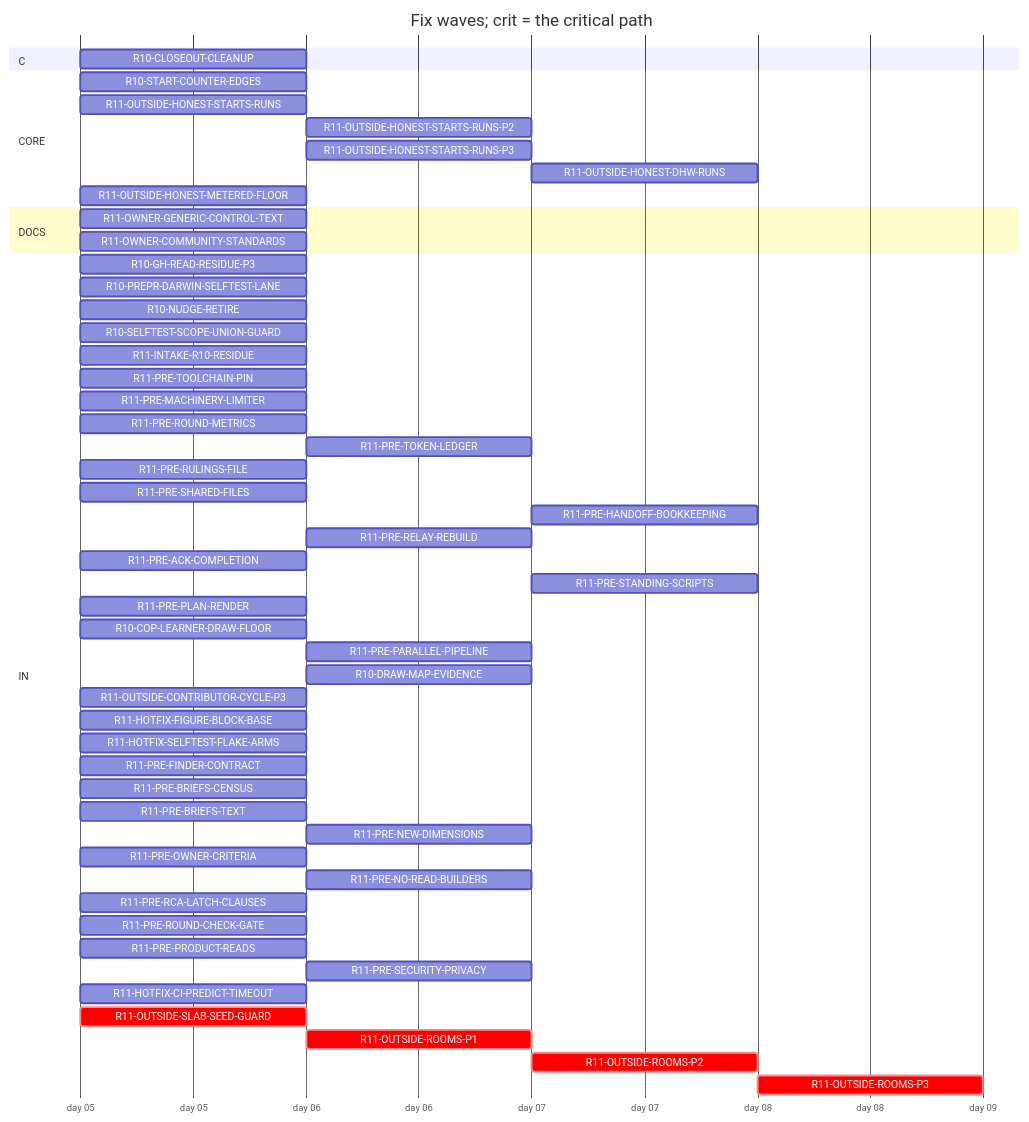
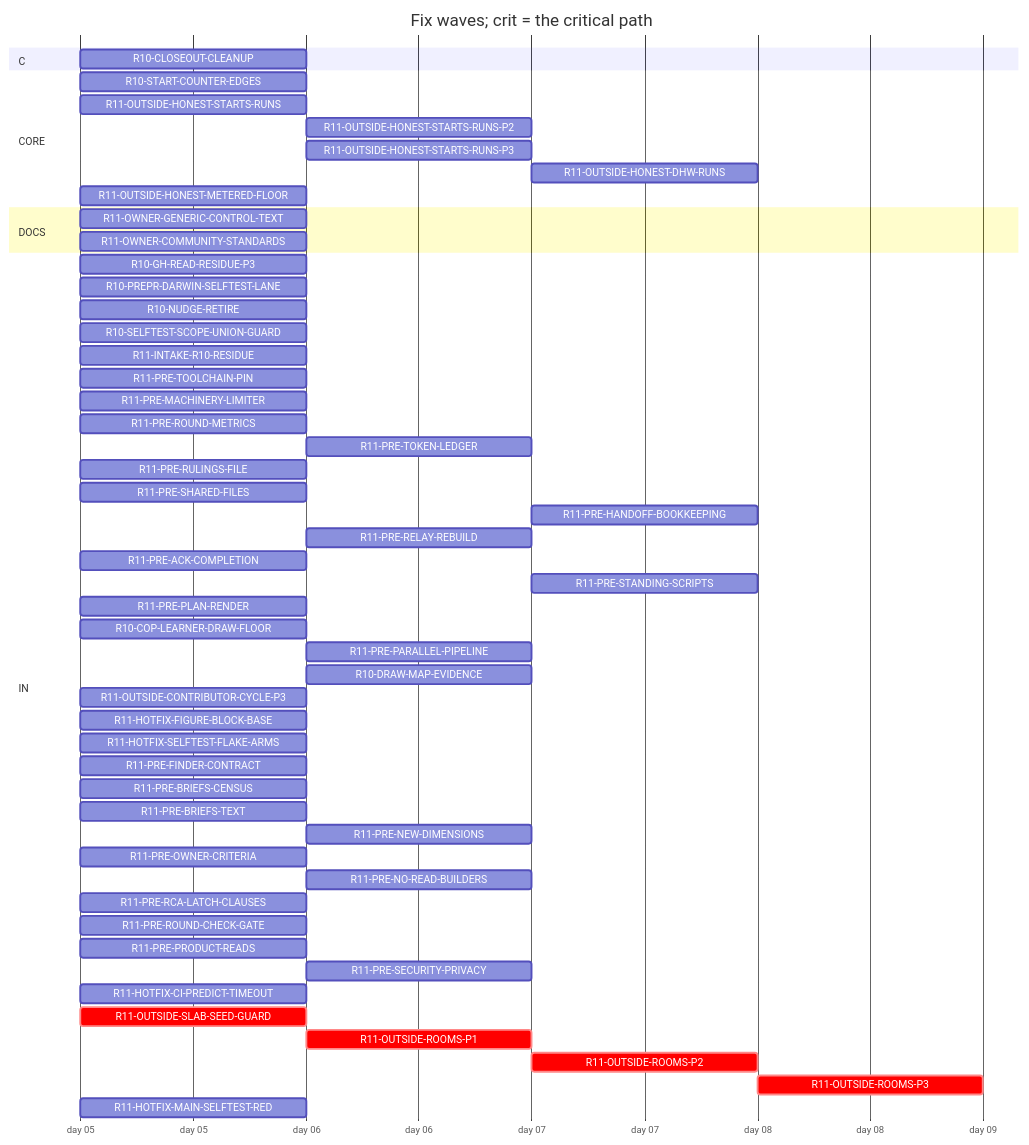
One commit to tvofi/heatpump_optimizer changed the diagram in handoff/round11/state/PLAN-TABLE.md. Above: the diagram before and after it, drawn with Mermaid. The commit also changed other lines of this file and 4 other files, not shown here.

Commit message:
state: FLOW-BOARD.md, NEXT-SESSION-PROMPT.md, PLAN-TABLE.md, PLAN.html, RESUME-CURRENT.md regenerated (state_docs.py)

````diff
--- a/handoff/round11/state/PLAN-TABLE.md
+++ b/handoff/round11/state/PLAN-TABLE.md
@@ -17,56 +17,57 @@
 ```mermaid
 gantt
   title Fix waves; crit = the critical path
   dateFormat YYYY-MM-DD
   axisFormat day %d
   section C
     R10-CLOSEOUT-CLEANUP :r10CLOSEOUTCLEANUP, 2026-01-05, 1d
   section CORE
     R10-START-COUNTER-EDGES :r10STARTCOUNTEREDGES, 2026-01-05, 1d
     R11-OUTSIDE-HONEST-STARTS-RUNS :r11OUTSIDEHONESTSTARTSRUNS, 2026-01-05, 1d
     R11-OUTSIDE-HONEST-STARTS-RUNS-P2 :r11OUTSIDEHONESTSTARTSRUNSP2, after r11OUTSIDEHONESTSTARTSRUNS, 1d
     R11-OUTSIDE-HONEST-STARTS-RUNS-P3 :r11OUTSIDEHONESTSTARTSRUNSP3, after r11OUTSIDEHONESTSTARTSRUNS, 1d
     R11-OUTSIDE-HONEST-DHW-RUNS :r11OUTSIDEHONESTDHWRUNS, after r11OUTSIDEHONESTSTARTSRUNS r11OUTSIDEHONESTSTARTSRUNSP2, 1d
     R11-OUTSIDE-HONEST-METERED-FLOOR :r11OUTSIDEHONESTMETEREDFLOOR, 2026-01-05, 1d
   section DOCS
     R11-OWNER-GENERIC-CONTROL-TEXT :r11OWNERGENERICCONTROLTEXT, 2026-01-05, 1d
     R11-OWNER-COMMUNITY-STANDARDS :r11OWNERCOMMUNITYSTANDARDS, 2026-01-05, 1d
   section IN
     R10-GH-READ-RESIDUE-P3 :r10GHREADRESIDUEP3, 2026-01-05, 1d
     R10-PREPR-DARWIN-SELFTEST-LANE :r10PREPRDARWINSELFTESTLANE, 2026-01-05, 1d
     R10-NUDGE-RETIRE :r10NUDGERETIRE, 2026-01-05, 1d
     R10-SELFTEST-SCOPE-UNION-GUARD :r10SELFTESTSCOPEUNIONGUARD, 2026-01-05, 1d
     R11-INTAKE-R10-RESIDUE :r11INTAKER10RESIDUE, 2026-01-05, 1d
     R11-PRE-TOOLCHAIN-PIN :r11PRETOOLCHAINPIN, 2026-01-05, 1d
     R11-PRE-MACHINERY-LIMITER :r11PREMACHINERYLIMITER, 2026-01-05, 1d
     R11-PRE-ROUND-METRICS :r11PREROUNDMETRICS, 2026-01-05, 1d
     R11-PRE-TOKEN-LEDGER :r11PRETOKENLEDGER, after r10GHREADRESIDUEP3, 1d
     R11-PRE-RULINGS-FILE :r11PRERULINGSFILE, 2026-01-05, 1d
     R11-PRE-SHARED-FILES :r11PRESHAREDFILES, 2026-01-05, 1d
     R11-PRE-HANDOFF-BOOKKEEPING :r11PREHANDOFFBOOKKEEPING, after r11PRERELAYREBUILD, 1d
     R11-PRE-RELAY-REBUILD :r11PRERELAYREBUILD, after r11HOTFIXFIGUREBLOCKBASE, 1d
     R11-PRE-ACK-COMPLETION :r11PREACKCOMPLETION, 2026-01-05, 1d
     R11-PRE-STANDING-SCRIPTS :r11PRESTANDINGSCRIPTS, after r11PREPARALLELPIPELINE, 1d
     R11-PRE-PLAN-RENDER :r11PREPLANRENDER, 2026-01-05, 1d
     R10-COP-LEARNER-DRAW-FLOOR :r10COPLEARNERDRAWFLOOR, 2026-01-05, 1d
     R11-PRE-PARALLEL-PIPELINE :r11PREPARALLELPIPELINE, after r11HOTFIXFIGUREBLOCKBASE, 1d
     R10-DRAW-MAP-EVIDENCE :r10DRAWMAPEVIDENCE, after r10COPLEARNERDRAWFLOOR, 1d
     R11-OUTSIDE-CONTRIBUTOR-CYCLE-P3 :r11OUTSIDECONTRIBUTORCYCLEP3, 2026-01-05, 1d
     R11-HOTFIX-FIGURE-BLOCK-BASE :r11HOTFIXFIGUREBLOCKBASE, 2026-01-05, 1d
     R11-HOTFIX-SELFTEST-FLAKE-ARMS :r11HOTFIXSELFTESTFLAKEARMS, 2026-01-05, 1d
     R11-PRE-FINDER-CONTRACT :r11PREFINDERCONTRACT, 2026-01-05, 1d
     R11-PRE-BRIEFS-CENSUS :r11PREBRIEFSCENSUS, 2026-01-05, 1d
     R11-PRE-BRIEFS-TEXT :r11PREBRIEFSTEXT, 2026-01-05, 1d
     R11-PRE-NEW-DIMENSIONS :r11PRENEWDIMENSIONS, after r11PREFINDERCONTRACT r11PREBRIEFSCENSUS, 1d
     R11-PRE-OWNER-CRITERIA :r11PREOWNERCRITERIA, 2026-01-05, 1d
     R11-PRE-NO-READ-BUILDERS :r11PRENOREADBUILDERS, after r11PREMACHINERYLIMITER, 1d
     R11-PRE-RCA-LATCH-CLAUSES :r11PRERCALATCHCLAUSES, 2026-01-05, 1d
     R11-PRE-ROUND-CHECK-GATE :r11PREROUNDCHECKGATE, 2026-01-05, 1d
     R11-PRE-PRODUCT-READS :r11PREPRODUCTREADS, 2026-01-05, 1d
     R11-PRE-SECURITY-PRIVACY :r11PRESECURITYPRIVACY, after r11PREFINDERCONTRACT r11PREBRIEFSCENSUS, 1d
     R11-HOTFIX-CI-PREDICT-TIMEOUT :r11HOTFIXCIPREDICTTIMEOUT, 2026-01-05, 1d
     R11-OUTSIDE-SLAB-SEED-GUARD :crit, r11OUTSIDESLABSEEDGUARD, 2026-01-05, 1d
     R11-OUTSIDE-ROOMS-P1 :crit, r11OUTSIDEROOMSP1, after r11OUTSIDESLABSEEDGUARD, 1d
     R11-OUTSIDE-ROOMS-P2 :crit, r11OUTSIDEROOMSP2, after r11OUTSIDEROOMSP1, 1d
     R11-OUTSIDE-ROOMS-P3 :crit, r11OUTSIDEROOMSP3, after r11OUTSIDEROOMSP2, 1d
+    R11-HOTFIX-MAIN-SELFTEST-RED :r11HOTFIXMAINSELFTESTRED, 2026-01-05, 1d
 ```
````
